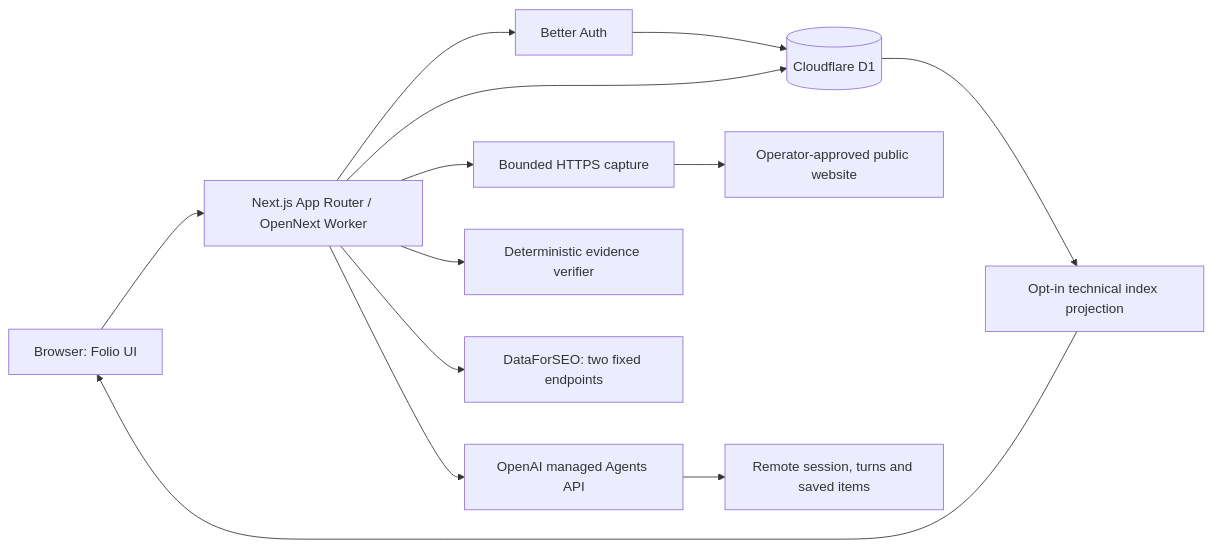
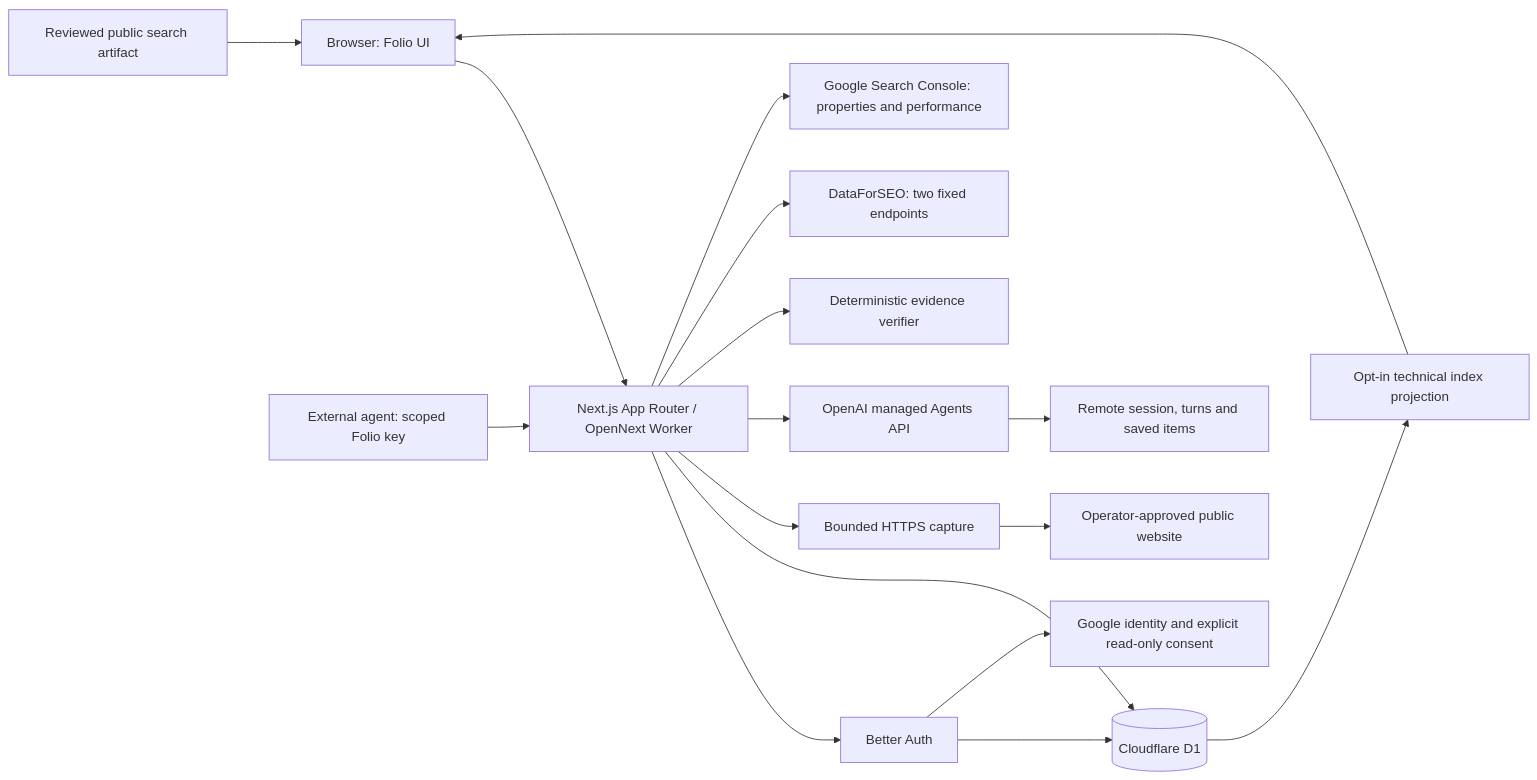
The diagram in ARCHITECTURE.md (justrach/folio), drawn with Mermaid before and after one commit. The commit also changed other lines of this file and 189 other files, not shown here.

First line of the commit message:
Connect private search rankings, real workspace reports, and the agent API

````diff
--- a/ARCHITECTURE.md
+++ b/ARCHITECTURE.md
@@ -9,15 +9,19 @@
 ```mermaid
 flowchart LR
   Browser[Browser: Folio UI] --> Next[Next.js App Router / OpenNext Worker]
+  Client[External agent: scoped Folio key] --> Next
   Next --> Auth[Better Auth]
   Auth --> D1[(Cloudflare D1)]
   Next --> D1
   Next --> Capture[Bounded HTTPS capture]
   Capture --> Website[Operator-approved public website]
   Next --> Agents[OpenAI managed Agents API]
   Agents --> Saved[Remote session, turns and saved items]
   Next --> Verify[Deterministic evidence verifier]
   Next --> SEO[DataForSEO: two fixed endpoints]
+  Auth --> Google[Google identity and explicit read-only consent]
+  Next --> GSC[Google Search Console: properties and performance]
   D1 --> Public[Opt-in technical index projection]
   Public --> Browser
+  Artifact[Reviewed public search artifact] --> Browser
 ```
````
